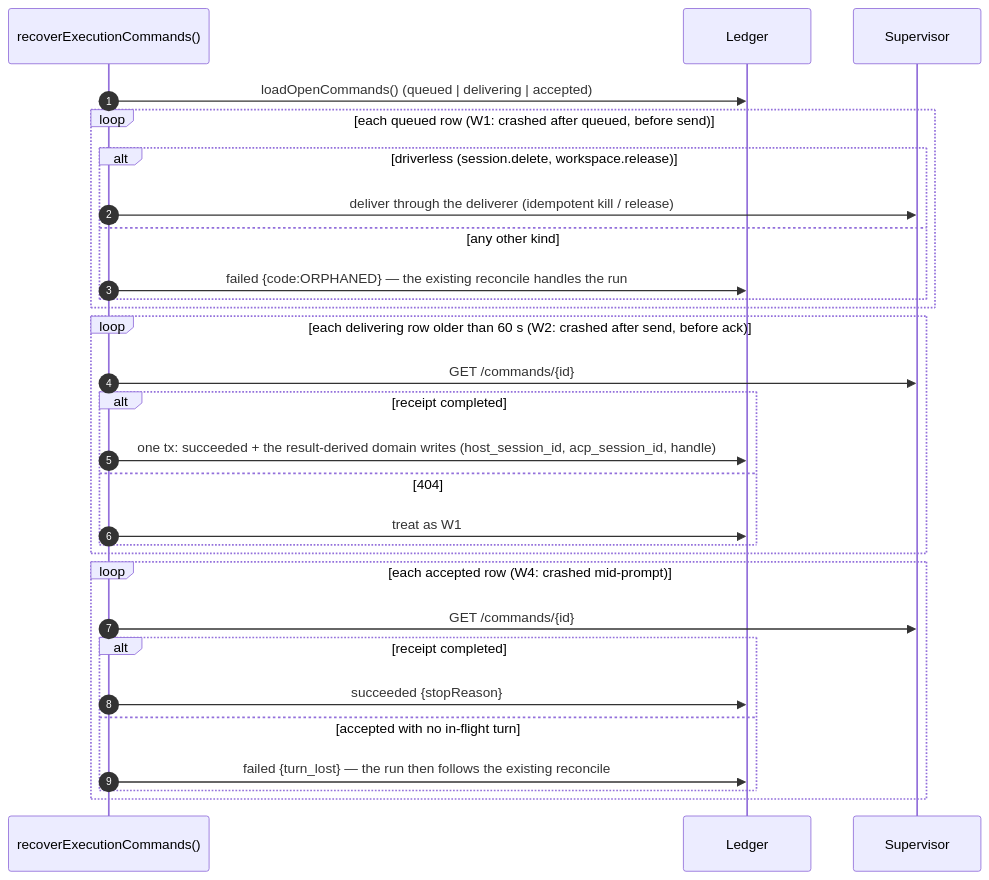
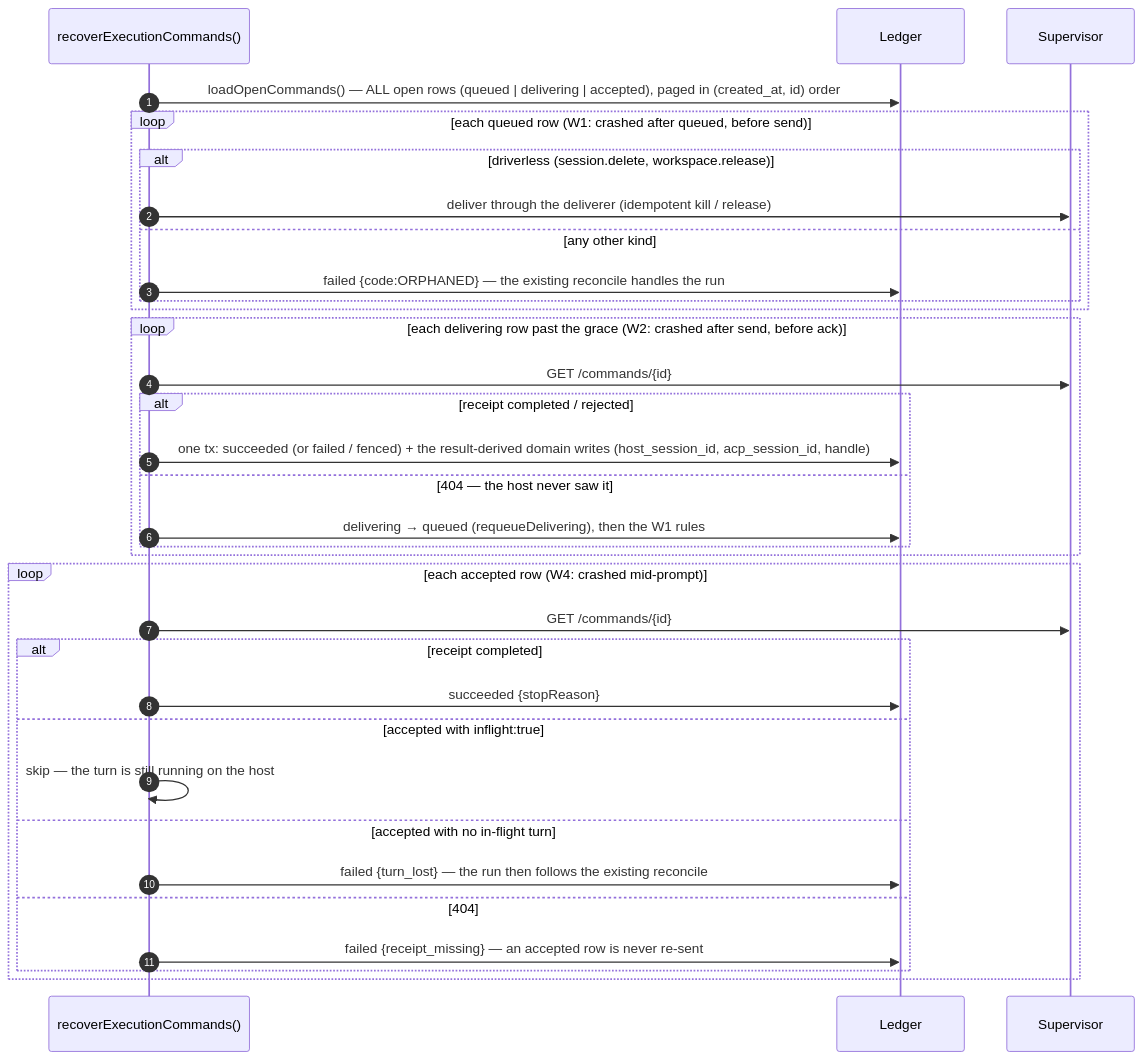
Before and after one commit to maister-dev/maister: the eighth of 10 diagrams in docs/system-analytics/execution-hosts.md, drawn with Mermaid. The commit also changed other lines of this file and 139 other files, not shown here.

First line of the commit message:
fix(execution-host): review fixes — resolver self-wait, allow-list sweep, released handles, bind-by-assignment, fenced yields, fake parity

````diff
--- a/docs/system-analytics/execution-hosts.md
+++ b/docs/system-analytics/execution-hosts.md
@@ -298,31 +345,35 @@
 ```mermaid
 sequenceDiagram
     autonumber
     participant REC as recoverExecutionCommands()
     participant LED as Ledger
     participant SUP as Supervisor
-    REC->>LED: loadOpenCommands() (queued | delivering | accepted)
+    REC->>LED: loadOpenCommands() — ALL open rows (queued | delivering | accepted), paged in (created_at, id) order
     loop each queued row (W1: crashed after queued, before send)
         alt driverless (session.delete, workspace.release)
             REC->>SUP: deliver through the deliverer (idempotent kill / release)
         else any other kind
             REC->>LED: failed {code:ORPHANED} — the existing reconcile handles the run
         end
     end
-    loop each delivering row older than 60 s (W2: crashed after send, before ack)
+    loop each delivering row past the grace (W2: crashed after send, before ack)
         REC->>SUP: GET /commands/{id}
-        alt receipt completed
-            REC->>LED: one tx: succeeded + the result-derived domain writes (host_session_id, acp_session_id, handle)
-        else 404
-            REC->>LED: treat as W1
+        alt receipt completed / rejected
+            REC->>LED: one tx: succeeded (or failed / fenced) + the result-derived domain writes (host_session_id, acp_session_id, handle)
+        else 404 — the host never saw it
+            REC->>LED: delivering → queued (requeueDelivering), then the W1 rules
         end
     end
     loop each accepted row (W4: crashed mid-prompt)
         REC->>SUP: GET /commands/{id}
         alt receipt completed
             REC->>LED: succeeded {stopReason}
+        else accepted with inflight:true
+            REC->>REC: skip — the turn is still running on the host
         else accepted with no in-flight turn
             REC->>LED: failed {turn_lost} — the run then follows the existing reconcile
+        else 404
+            REC->>LED: failed {receipt_missing} — an accepted row is never re-sent
         end
     end
 ```
````
